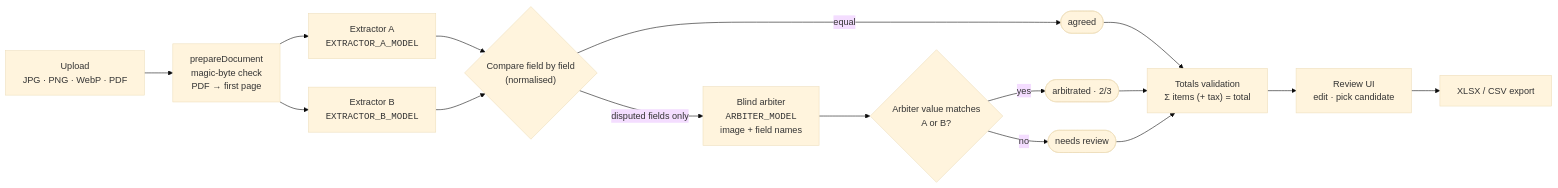
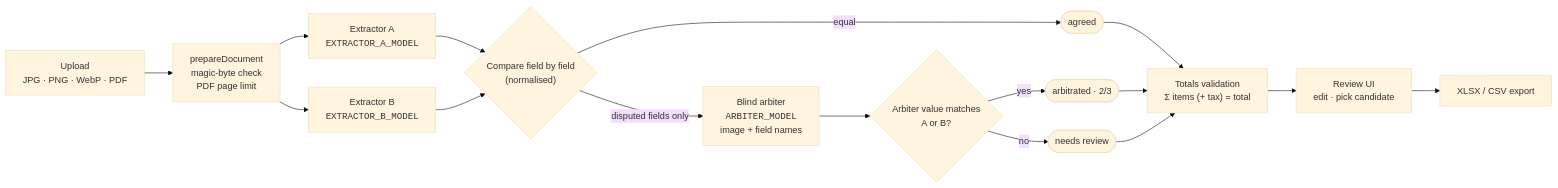
Before and after one commit to alkanefe22/ai-receipt-reader: the first of 3 diagrams in README.md, drawn with Mermaid (base theme). The commit also changed other lines of this file and 37 other files, not shown here.

````diff
--- a/README.md
+++ b/README.md
@@ -48,18 +52,18 @@
 ```mermaid
 flowchart LR
-    U["Upload<br/>JPG · PNG · WebP · PDF"] --> P["prepareDocument<br/>magic-byte check<br/>PDF → first page"]
+    U["Upload<br/>JPG · PNG · WebP · PDF"] --> P["prepareDocument<br/>magic-byte check<br/>PDF page limit"]
     P --> A["Extractor A<br/><code>EXTRACTOR_A_MODEL</code>"]
     P --> B["Extractor B<br/><code>EXTRACTOR_B_MODEL</code>"]
     A --> C{"Compare field by field<br/>(normalised)"}
     B --> C
     C -- "equal" --> AG(["agreed"])
     C -- "disputed fields only" --> H["Blind arbiter<br/><code>ARBITER_MODEL</code><br/>image + field names"]
     H --> V{"Arbiter value matches<br/>A or B?"}
     V -- "yes" --> AR(["arbitrated · 2/3"])
     V -- "no" --> NR(["needs review"])
     AG --> T["Totals validation<br/>Σ items (+ tax) = total"]
     AR --> T
     NR --> T
     T --> UI["Review UI<br/>edit · pick candidate"]
     UI --> X["XLSX / CSV export"]
 ```
````
